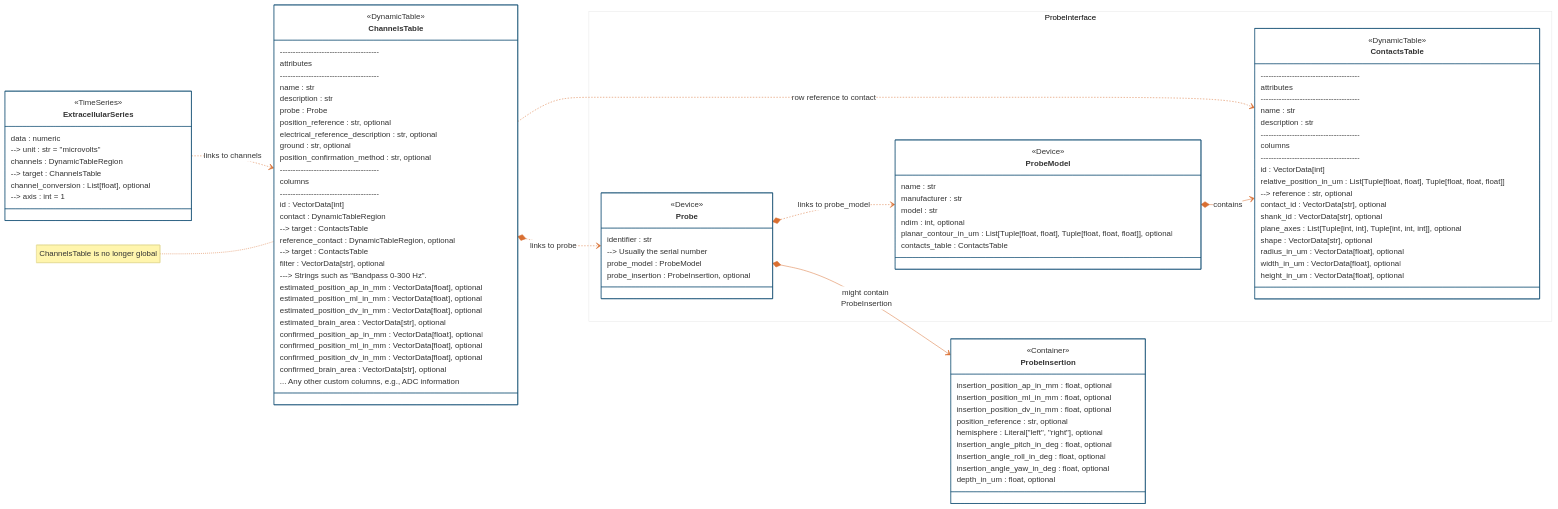
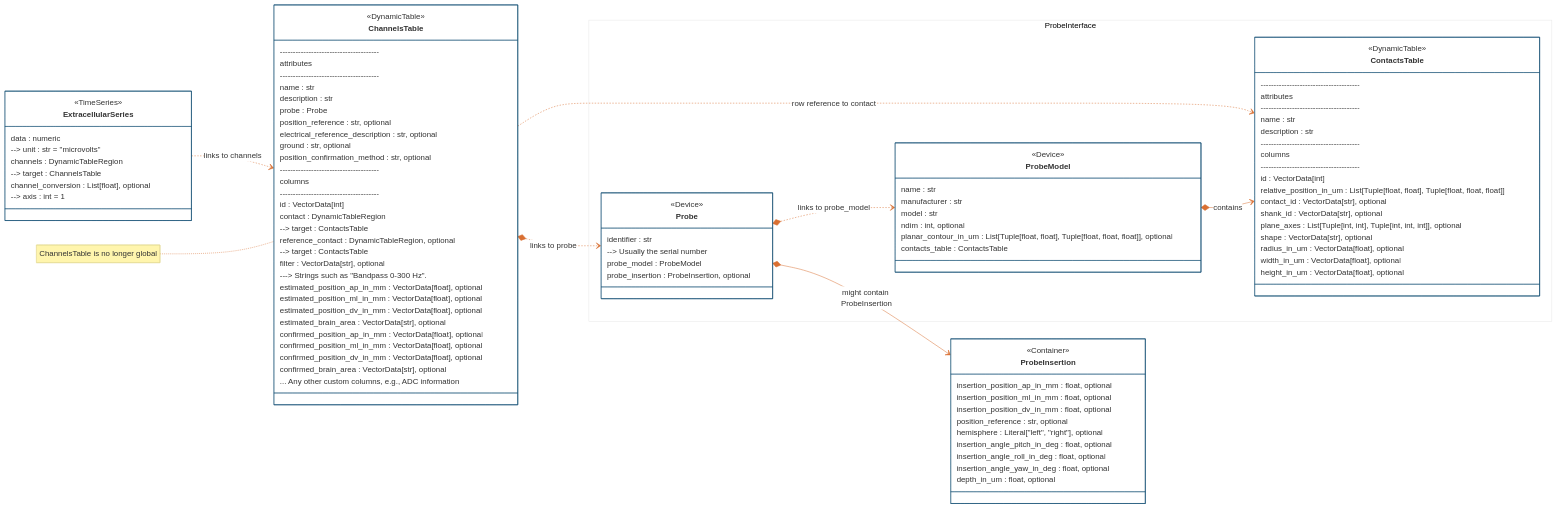
The diagram in README.md (catalystneuro/ndx-extracellular-channels), drawn with Mermaid before and after one commit. The commit also changed 3 other files, not shown here.

```diff
--- a/README.md
+++ b/README.md
@@ -172,7 +172,6 @@
                 --------------------------------------
                 id : VectorData[int]
                 relative_position_in_um : List[Tuple[float, float], Tuple[float, float, float]]
-                --> reference : str, optional
                 contact_id : VectorData[str], optional
                 shank_id : VectorData[str], optional
                 plane_axes : List[Tuple[int, int], Tuple[int, int, int]], optional
```
